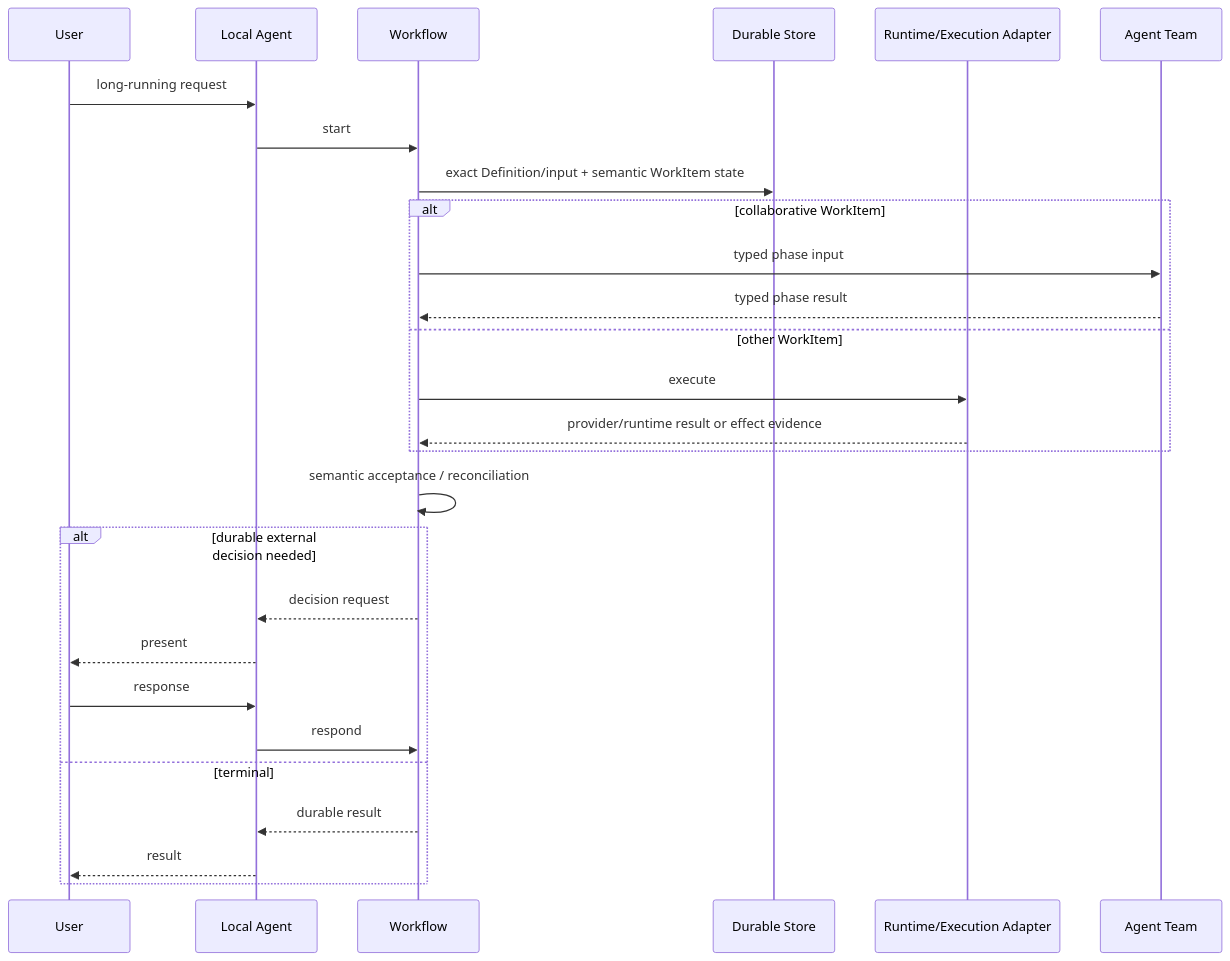
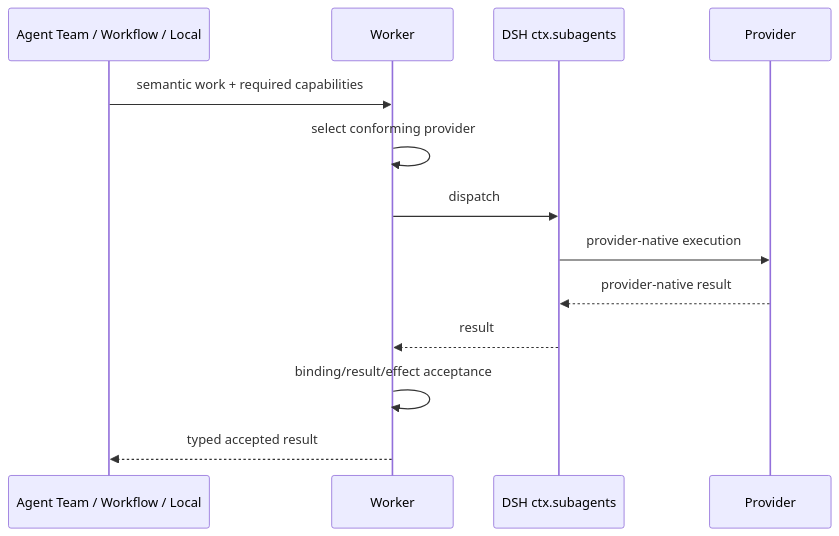
The third of 4 diagrams in docs/architecture/interaction-model.md (tsuuanmi/AgentOS), drawn with Mermaid before and after one commit. The commit also changed other lines of this file, not shown here.

Commit message:
docs: route all delegated execution through Worker plugin

```diff
--- a/docs/architecture/interaction-model.md
+++ b/docs/architecture/interaction-model.md
@@ -57,33 +49,16 @@
 ~~~mermaid
 sequenceDiagram
-    participant U as User
-    participant L as Local Agent
-    participant W as Workflow
-    participant S as Durable Store
-    participant A as Runtime/Execution Adapter
-    participant T as Agent Team
+    participant C as Agent Team / Workflow / Local
+    participant W as Worker
+    participant S as DSH ctx.subagents
+    participant P as Provider
 
-    U->>L: long-running request
-    L->>W: start
-    W->>S: exact Definition/input + semantic WorkItem state
-
-    alt collaborative WorkItem
-        W->>T: typed phase input
-        T-->>W: typed phase result
-    else other WorkItem
-        W->>A: execute
-        A-->>W: provider/runtime result or effect evidence
-    end
-
-    W->>W: semantic acceptance / reconciliation
-
-    alt durable external decision needed
-        W-->>L: decision request
-        L-->>U: present
-        U->>L: response
-        L->>W: respond
-    else terminal
-        W-->>L: durable result
-        L-->>U: result
-    end
+    C->>W: semantic work + required capabilities
+    W->>W: select conforming provider
+    W->>S: dispatch
+    S->>P: provider-native execution
+    P-->>S: provider-native result
+    S-->>W: result
+    W->>W: binding/result/effect acceptance
+    W-->>C: typed accepted result
 ~~~
```
